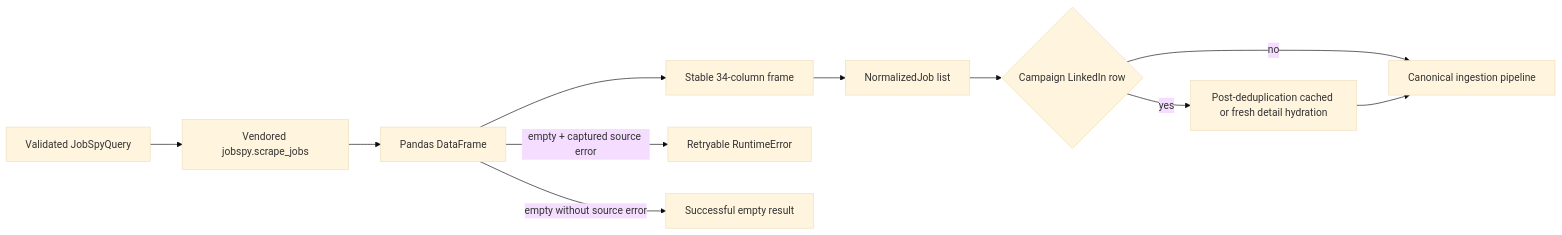
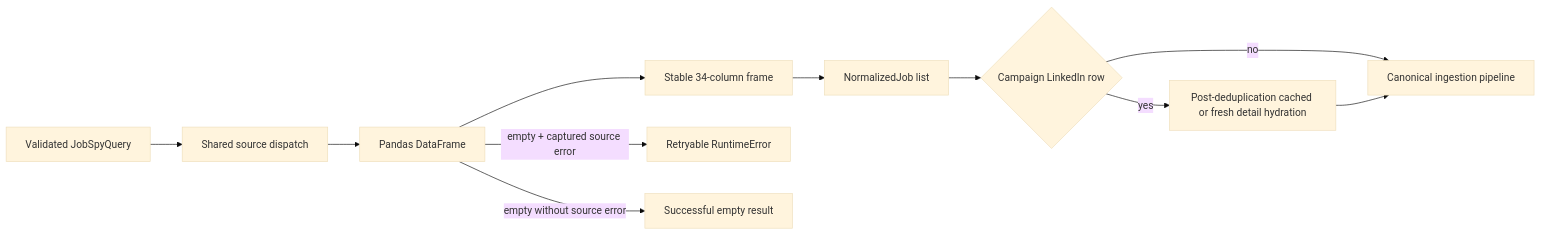
One commit to KaiusJin/WeCanFindIntern changed the diagram in docs/JOBSPY_INTEGRATION.md. Above: the diagram before and after it, drawn with Mermaid (base theme). The commit also changed other lines of this file and 192 other files, not shown here.

````diff
--- a/docs/JOBSPY_INTEGRATION.md
+++ b/docs/JOBSPY_INTEGRATION.md
@@ -5,13 +5,13 @@
 ```mermaid
 flowchart LR
-    Q[Validated JobSpyQuery] --> V[Vendored jobspy.scrape_jobs]
+    Q[Validated JobSpyQuery] --> V[Shared source dispatch]
     V --> D[Pandas DataFrame]
     D --> S[Stable 34-column frame]
     S --> N[NormalizedJob list]
     N --> L{Campaign LinkedIn row}
     L -->|yes| H[Post-deduplication cached or fresh detail hydration]
     L -->|no| C[Canonical ingestion pipeline]
     H --> C
     D -->|empty + captured source error| E[Retryable RuntimeError]
     D -->|empty without source error| Z[Successful empty result]
 ```
````
